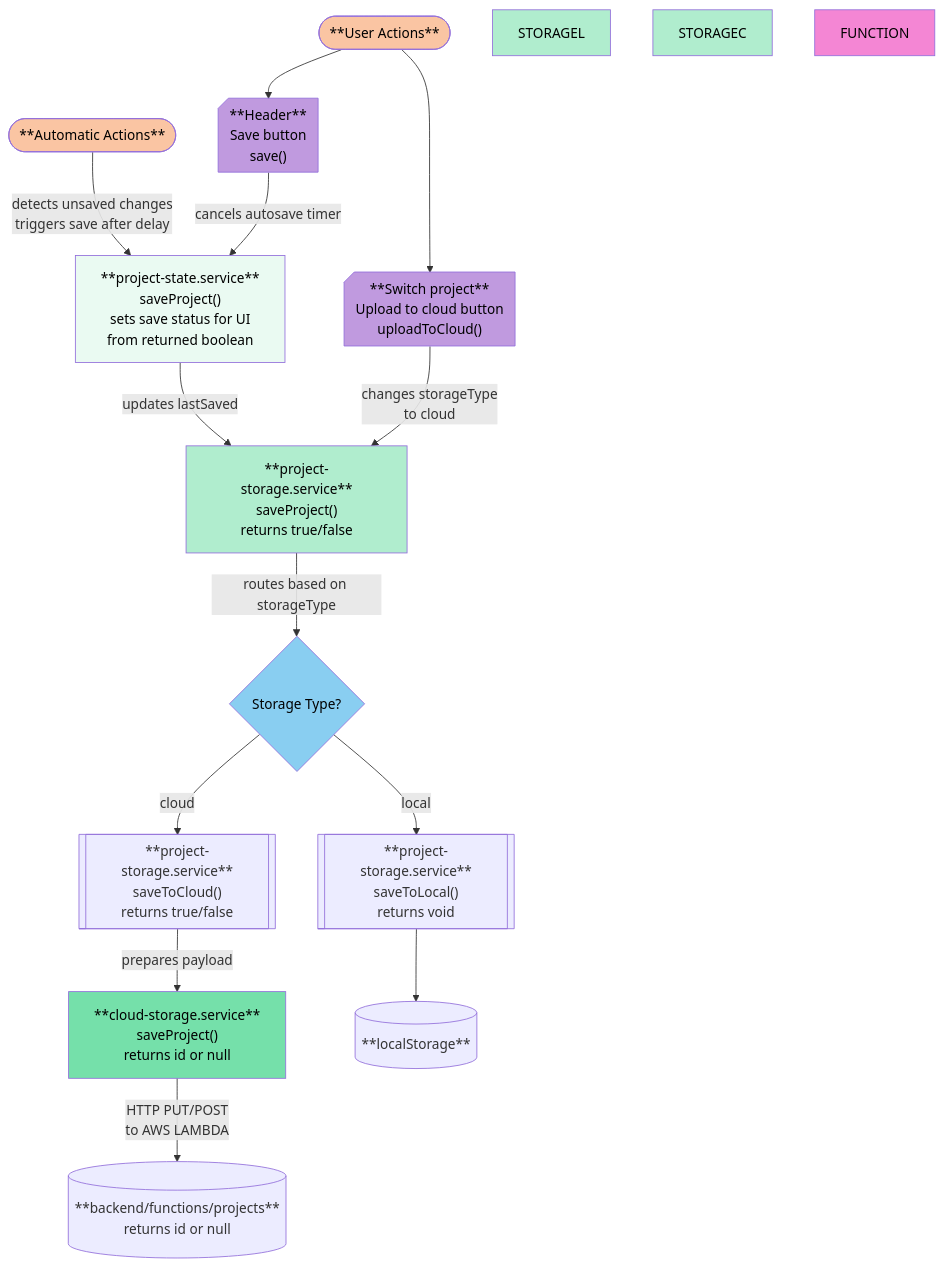
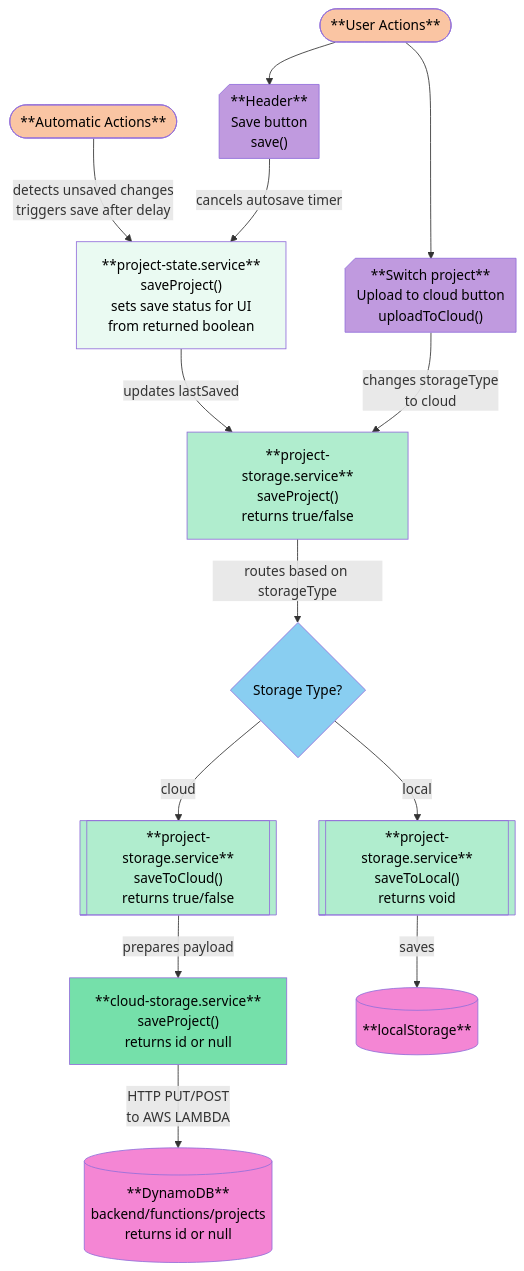
One commit to cra-proto/design-assistant changed the diagram in README.md. Above: the diagram before and after it, drawn with Mermaid.

````diff
--- a/README.md
+++ b/README.md
@@ -209,41 +209,42 @@
 ```mermaid
 flowchart TB
     AUTO(["**Automatic Actions**"])
     USER(["**User Actions**"])
     HEADER["**Header**<br>Save button<br>save()"]
     SWITCH["**Switch project**<br>Upload to cloud button<br>uploadToCloud()"]
     STATE["**project-state.service**<br>saveProject()<br>sets save status for UI<br>from returned boolean"]
     STORAGE["**project-storage.service**<br>saveProject()<br>returns true/false"]
     TYPE{"Storage Type?"}
     STORAGELOCAL[["**project-storage.service**<br>saveToLocal()<br>returns void"]]
     STORAGECLOUD[["**project-storage.service**<br>saveToCloud()<br>returns true/false"]]
     CLOUD["**cloud-storage.service**<br>saveProject()<br>returns id or null"]
-    CLOUDSAVE[("**backend/functions/projects**<br>returns id or null")]
+    CLOUDSAVE[("**DynamoDB**<br>backend/functions/projects<br>returns id or null")]
     LOCALSAVE[("**localStorage**")]
 
     AUTO -- detects unsaved changes<br>triggers save after delay--> STATE
     USER --> HEADER & SWITCH
     HEADER --cancels autosave timer--> STATE
     STATE --updates lastSaved--> STORAGE
     SWITCH --changes storageType<br>to cloud--> STORAGE
     STORAGE --routes based on storageType--> TYPE
     TYPE --local--> STORAGELOCAL
     TYPE --cloud--> STORAGECLOUD
     STORAGECLOUD --prepares payload--> CLOUD
     CLOUD --HTTP PUT/POST<br>to AWS LAMBDA--> CLOUDSAVE
-    STORAGELOCAL --> LOCALSAVE
+    STORAGELOCAL --saves--> LOCALSAVE
     
     HEADER@{ shape: card}
     SWITCH@{ shape: card}
     style AUTO fill:#fac5a3,color:#000000
     style USER fill:#fac5a3,color:#000000
     style HEADER fill:#c09adf,color:#000000
     style SWITCH fill:#c09adf,color:#000000
     style STATE fill:#eafaf2,color:#000000
     style STORAGE fill:#b0edce,color:#000000
     style TYPE fill:#89cef1,color:#000000
-    style STORAGEL fill:#b0edce,color:#000000
-    style STORAGEC fill:#b0edce,color:#000000
+    style STORAGELOCAL fill:#b0edce,color:#000000
+    style STORAGECLOUD fill:#b0edce,color:#000000
     style CLOUD fill:#75e0aa,color:#000000
-    style FUNCTION fill:#f486d4,color:#000000
+    style CLOUDSAVE fill:#f486d4,color:#000000
+    style LOCALSAVE fill:#f486d4,color:#000000
 ```
````
